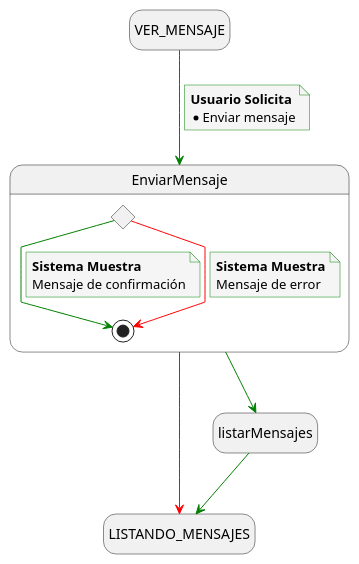
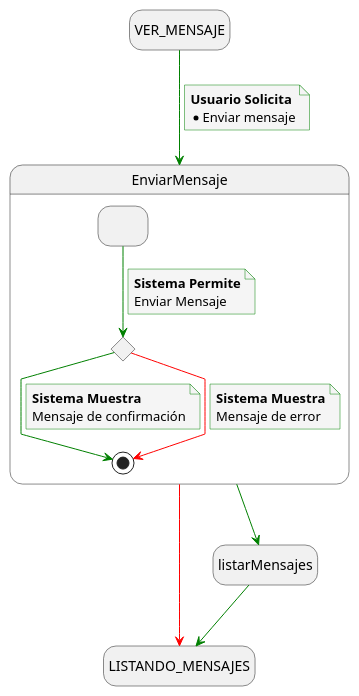
One commit to mmasias/24-25-IdSw1-SDR changed the diagram in docs/casosDeUso/detalladoCasosDeUso/detalladoEnvioMensajes/detalladoEnvioMensaje.puml. Above: the diagram before and after it, drawn with PlantUML. The commit also changed 3 other files, not shown here.

```diff
--- a/docs/casosDeUso/detalladoCasosDeUso/detalladoEnvioMensajes/detalladoEnvioMensaje.puml
+++ b/docs/casosDeUso/detalladoCasosDeUso/detalladoEnvioMensajes/detalladoEnvioMensaje.puml
@@ -1,42 +1,48 @@
 @startuml enviar_mensaje
 
 skinparam {
   NoteBackgroundColor #whiteSmoke
   ArrowColor #green
   NoteBorderColor #green
   linetype polyline
 }
 
 hide empty description
 
 state startState as "VER_MENSAJE"
 state endState as "LISTANDO_MENSAJES"
 
 startState --> EnviarMensaje
 note on link
     <b>Usuario Solicita</b>
     * Enviar mensaje
 end note
 
 EnviarMensaje--> listarMensajes
 listarMensajes--> endState
 EnviarMensaje -[#red]-> endState
 
 state EnviarMensaje{
+    state solicitudFiltros as " "
     state revisionFiltrosEnviados <<choice>>
 
-
+    solicitudFiltros --> revisionFiltrosEnviados
+    note on link
+        <b>Sistema Permite</b>
+        Enviar Mensaje
+    end note
+    
     revisionFiltrosEnviados --> [*]
     note on link
         <b>Sistema Muestra</b>
         Mensaje de confirmación
     end note
 
     revisionFiltrosEnviados -[#red]-> [*]
     note on link
         <b>Sistema Muestra</b>
         Mensaje de error
     end note
 }
 
 @enduml
```
